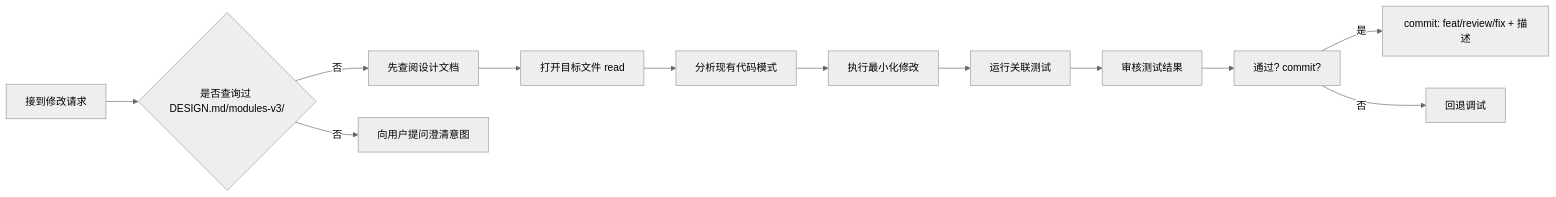
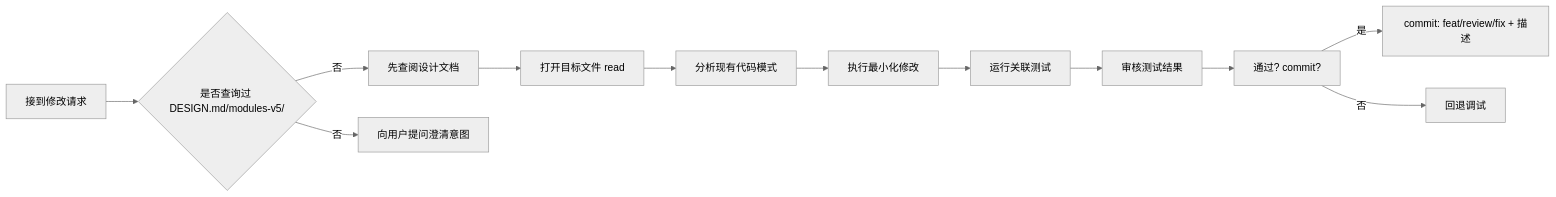
One commit to 501953807/OriSpark changed the diagram in CLAUDE.md. Above: the diagram before and after it, drawn with Mermaid (neutral theme). The commit also changed other lines of this file and 158 other files, not shown here.

````diff
--- a/CLAUDE.md
+++ b/CLAUDE.md
@@ -102,14 +102,14 @@
 ```mermaid
 graph LR
-    A[接到修改请求] --> B{是否查询过 DESIGN.md/modules-v3/}
+    A[接到修改请求] --> B{是否查询过 DESIGN.md/modules-v5/}
     B -- 否 --> C[先查阅设计文档]
     B -- 否 --> D[向用户提问澄清意图]
     C --> E[打开目标文件 read]
     E --> F[分析现有代码模式]
     F --> G[执行最小化修改]
     G --> H[运行关联测试]
     H --> I[审核测试结果]
     I --> J[通过? commit?]
     J -- 是 --> K[commit: feat/review/fix + 描述]
     J -- 否 --> L[回退调试]
 ```
````
